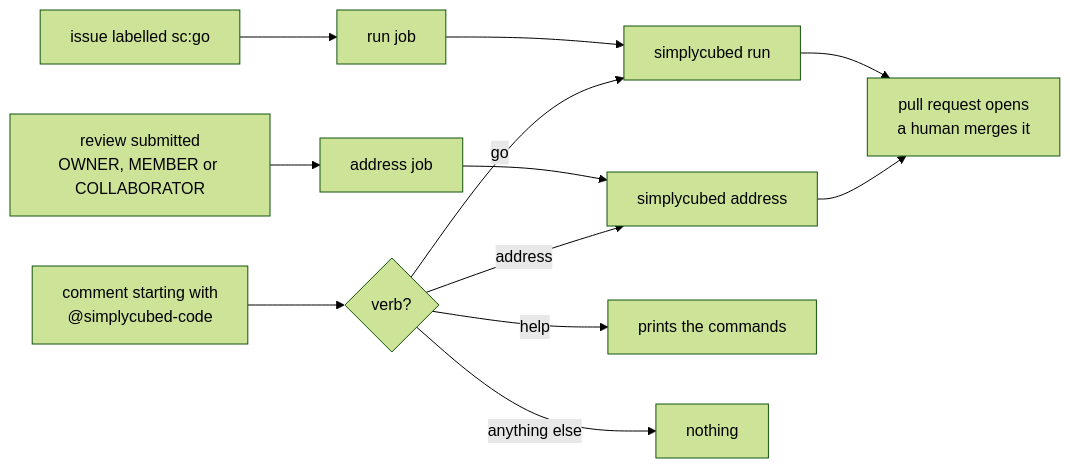
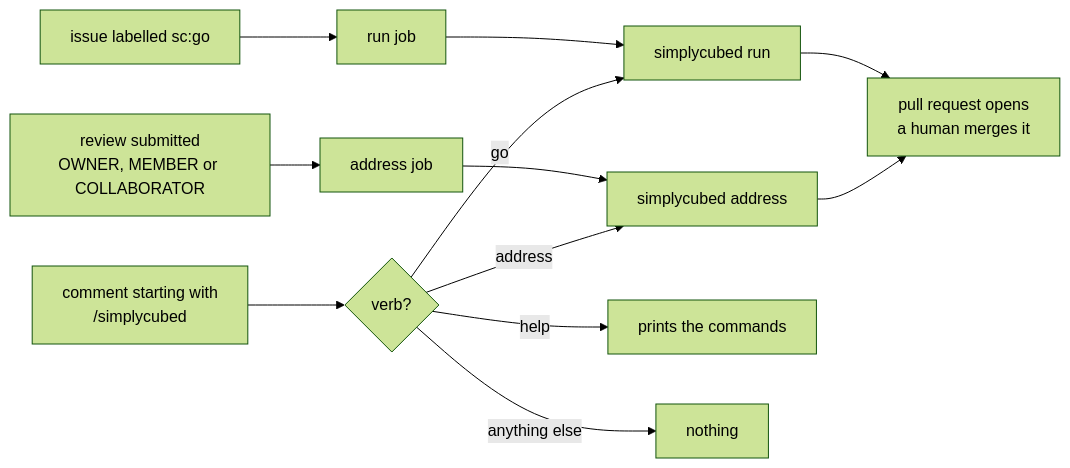
Before and after one commit to simplycubed/code: the diagram in README.md, drawn with Mermaid (forest theme). The commit also changed other lines of this file and 8 other files, not shown here.

````diff
--- a/README.md
+++ b/README.md
@@ -74,16 +74,16 @@
 ```mermaid
 flowchart LR
     L["issue labelled sc:go"] --> R["run job"]
     V["review submitted<br/>OWNER, MEMBER or COLLABORATOR"] --> A["address job"]
-    C["comment starting with<br/>@simplycubed-code"] --> P{"verb?"}
+    C["comment starting with<br/>/simplycubed"] --> P{"verb?"}
 
     R --> RC["simplycubed run"]
     A --> AC["simplycubed address"]
     P -->|"go"| RC
     P -->|"address"| AC
     P -->|"help"| H["prints the commands"]
     P -->|"anything else"| N["nothing"]
 
     RC --> PR["pull request opens<br/>a human merges it"]
     AC --> PR
 ```
````
